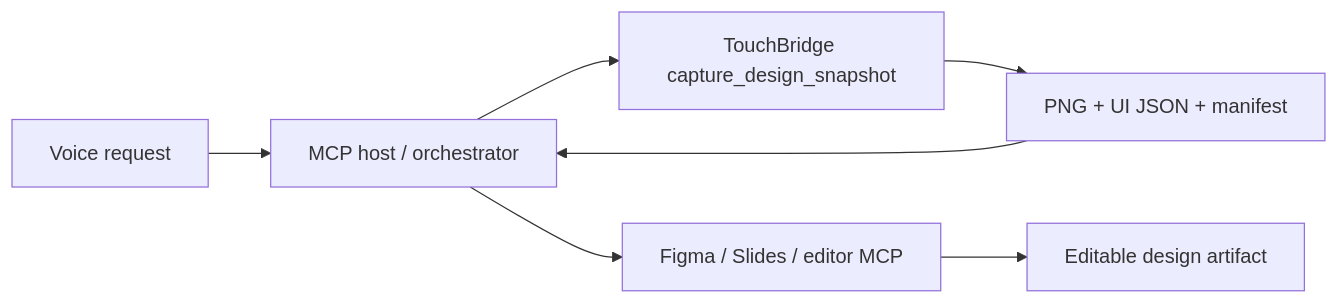
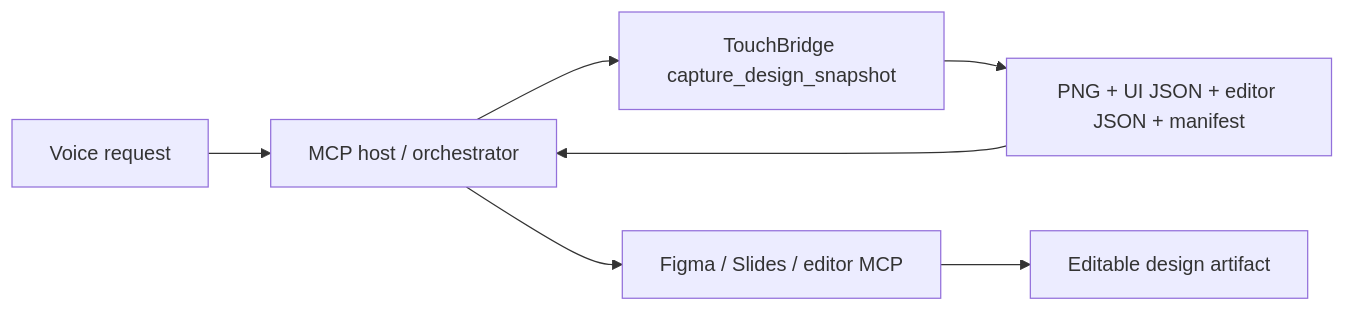
The diagram in docs/voice-design-workflow.md (MarshallBear1/touchbridge-mcp), drawn with Mermaid before and after one commit. The commit also changed other lines of this file and 10 other files, not shown here.

````diff
--- a/docs/voice-design-workflow.md
+++ b/docs/voice-design-workflow.md
@@ -17,9 +17,9 @@
 ```mermaid
 flowchart LR
   V["Voice request"] --> H["MCP host / orchestrator"]
   H --> B["TouchBridge capture_design_snapshot"]
-  B --> A["PNG + UI JSON + manifest"]
+  B --> A["PNG + UI JSON + editor JSON + manifest"]
   A --> H
   H --> E["Figma / Slides / editor MCP"]
   E --> R["Editable design artifact"]
 ```
````
